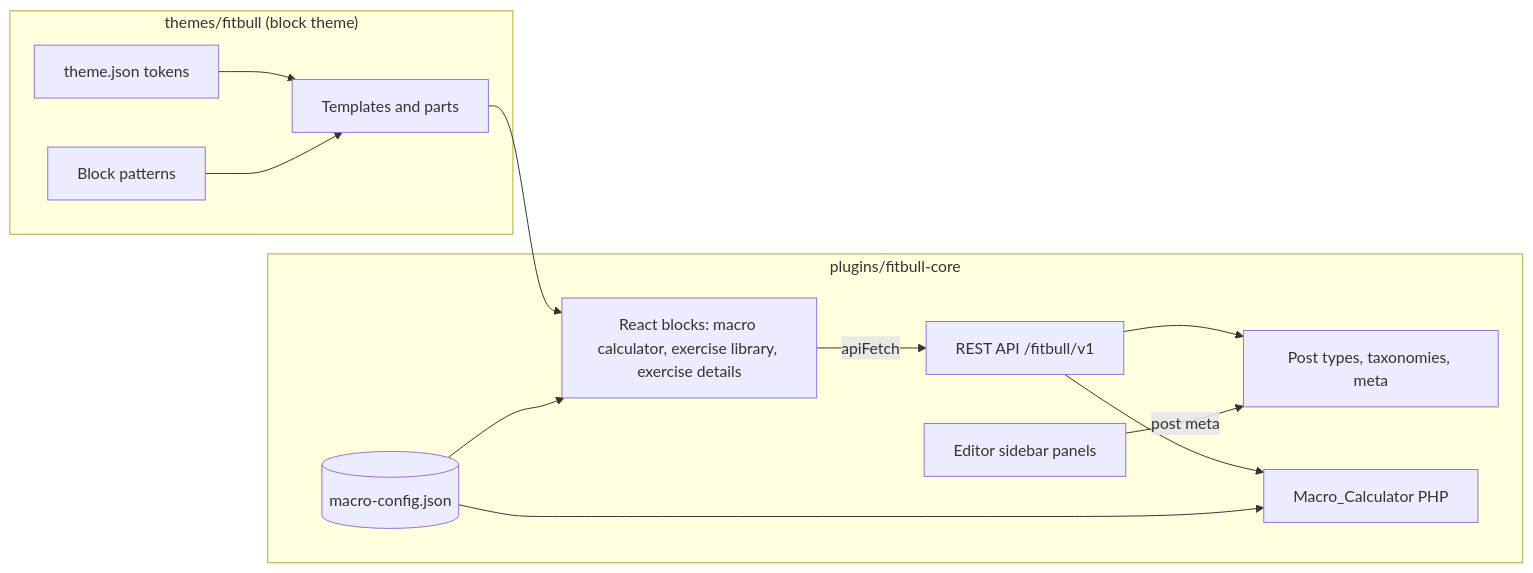
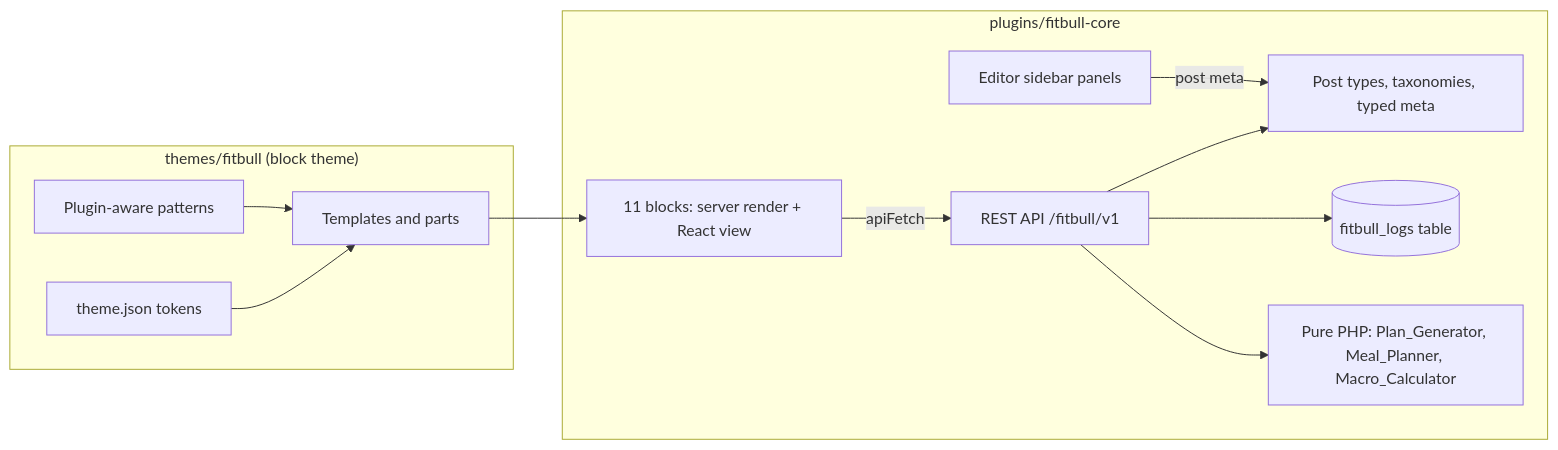
One commit to ArponSamanta/fitbull changed the diagram in README.md. Above: the diagram before and after it, drawn with Mermaid. The commit also changed other lines of this file and 187 other files, not shown here.

````diff
--- a/README.md
+++ b/README.md
@@ -26,22 +33,21 @@
 ```mermaid
 flowchart LR
   subgraph Theme["themes/fitbull (block theme)"]
     TJ[theme.json tokens] --> TPL[Templates and parts]
-    PAT[Block patterns] --> TPL
+    PAT[Plugin-aware patterns] --> TPL
   end
   subgraph Plugin["plugins/fitbull-core"]
-    CPT[Post types, taxonomies, meta]
+    DATA[Post types, taxonomies, typed meta]
+    LOG[(fitbull_logs table)]
     REST["REST API /fitbull/v1"]
-    CALC[Macro_Calculator PHP]
-    CFG[(macro-config.json)]
-    BLK["React blocks: macro calculator, exercise library, exercise details"]
+    PURE["Pure PHP: Plan_Generator, Meal_Planner, Macro_Calculator"]
+    BLK["11 blocks: server render + React view"]
     ED[Editor sidebar panels]
   end
   TPL --> BLK
   BLK -- apiFetch --> REST
-  REST --> CPT
-  REST --> CALC
-  CFG --> CALC
-  CFG --> BLK
-  ED -- post meta --> CPT
+  REST --> DATA
+  REST --> LOG
+  REST --> PURE
+  ED -- post meta --> DATA
 ```
````
